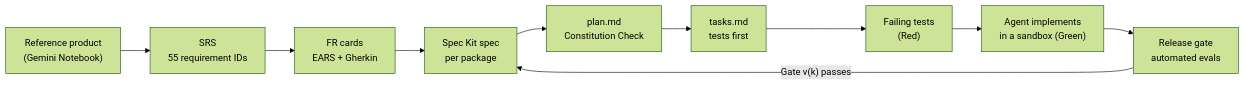
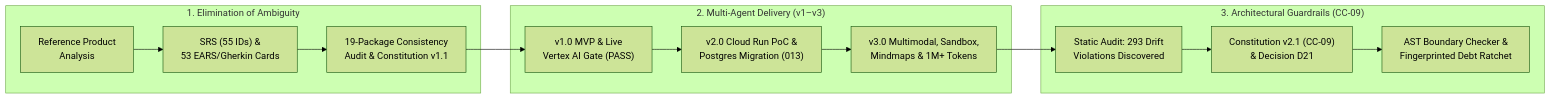
The first of 2 diagrams in README.md (lukas-zech-software/everlast-lm), drawn with Mermaid (forest theme) before and after one commit. The commit also changed other lines of this file, not shown here.

````diff
--- a/README.md
+++ b/README.md
@@ -84,12 +68,17 @@
 ```mermaid
 flowchart LR
-    A["Reference product<br/>(Gemini Notebook)"] --> B["SRS<br/>55 requirement IDs"]
-    B --> C["FR cards<br/>EARS + Gherkin"]
-    C --> D["Spec Kit spec<br/>per package"]
-    D --> E["plan.md<br/>Constitution Check"]
-    E --> F["tasks.md<br/>tests first"]
-    F --> G["Failing tests<br/>(Red)"]
-    G --> H["Agent implements<br/>in a sandbox (Green)"]
-    H --> I["Release gate<br/>automated evals"]
-    I -->|"Gate v(k) passes"| D
+    subgraph Phase1["1. Elimination of Ambiguity"]
+        A["Reference Product<br/>Analysis"] --> B["SRS (55 IDs) &<br/>53 EARS/Gherkin Cards"]
+        B --> C["19-Package Consistency<br/>Audit & Constitution v1.1"]
+    end
+    subgraph Phase2["2. Multi-Agent Delivery (v1–v3)"]
+        C --> D["v1.0 MVP & Live<br/>Vertex AI Gate (PASS)"]
+        D --> E["v2.0 Cloud Run PoC &<br/>Postgres Migration (013)"]
+        E --> F["v3.0 Multimodal, Sandbox,<br/>Mindmaps & 1M+ Tokens"]
+    end
+    subgraph Phase3["3. Architectural Guardrails (CC-09)"]
+        F --> G["Static Audit: 293 Drift<br/>Violations Discovered"]
+        G --> H["Constitution v2.1 (CC-09)<br/>& Decision D21"]
+        H --> I["AST Boundary Checker &<br/>Fingerprinted Debt Ratchet"]
+    end
 ```
````
